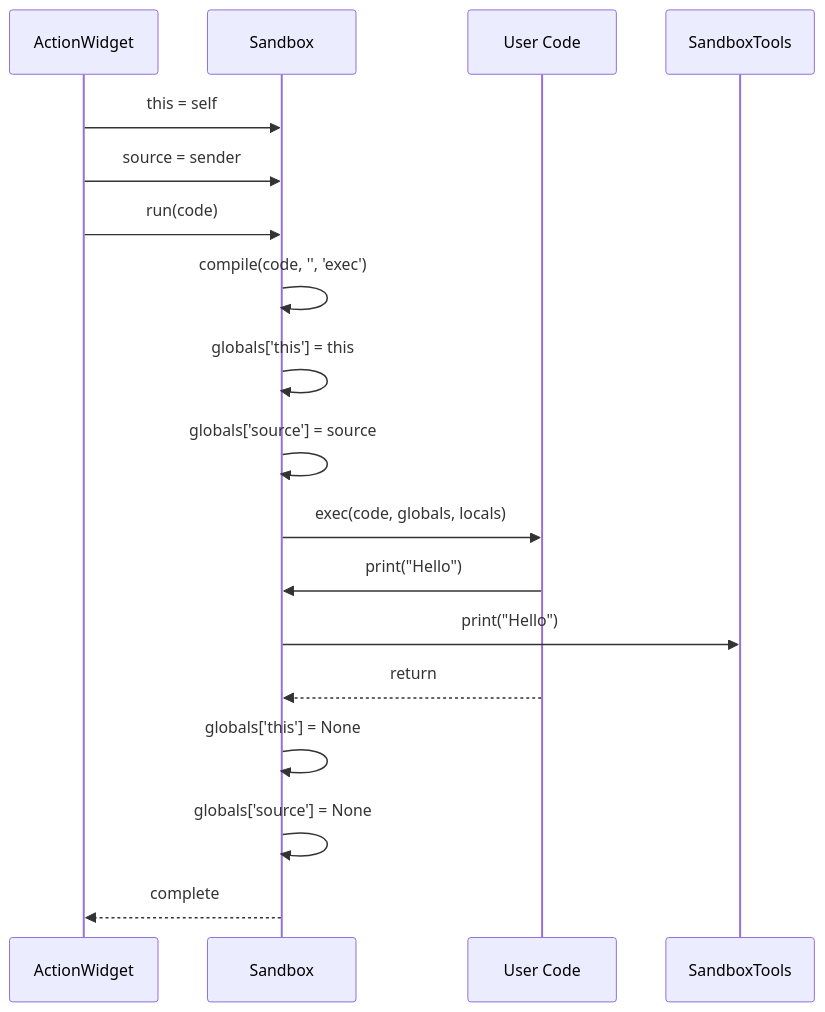
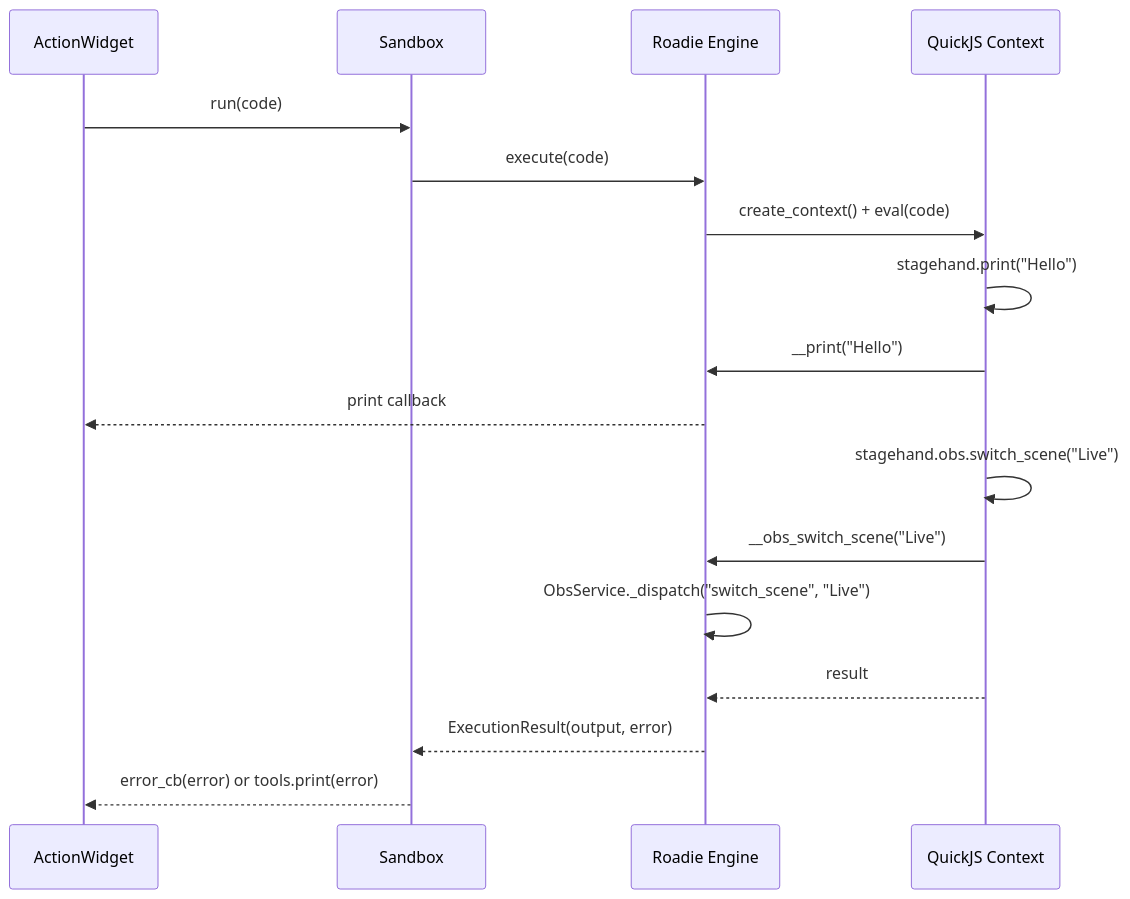
Before and after one commit to DaelonSuzuka/Stagehand: the diagram in lode/sandbox/runtime.md, drawn with Mermaid. The commit also changed other lines of this file and 14 other files, not shown here.

First line of the commit message:
Add Roadie QuickJS engine, config-centric architecture plan, and updated lode

````diff
--- a/lode/sandbox/runtime.md
+++ b/lode/sandbox/runtime.md
@@ -34,25 +9,23 @@
 ```mermaid
 sequenceDiagram
     participant Action as ActionWidget
     participant Sandbox
-    participant Code as User Code
-    participant Output as SandboxTools
-    
-    Action->>Sandbox: this = self
-    Action->>Sandbox: source = sender
+    participant Engine as Roadie Engine
+    participant Context as QuickJS Context
     
     Action->>Sandbox: run(code)
-    Sandbox->>Sandbox: compile(code, '', 'exec')
-    Sandbox->>Sandbox: globals['this'] = this
-    Sandbox->>Sandbox: globals['source'] = source
+    Sandbox->>Engine: execute(code)
+    Engine->>Context: create_context() + eval(code)
     
-    Sandbox->>Code: exec(code, globals, locals)
+    Context->>Context: stagehand.print("Hello")
+    Context->>Engine: __print("Hello")
+    Engine-->>Action: print callback
     
-    Code->>Sandbox: print("Hello")
-    Sandbox->>Output: print("Hello")
+    Context->>Context: stagehand.obs.switch_scene("Live")
+    Context->>Engine: __obs_switch_scene("Live")
+    Engine->>Engine: ObsService._dispatch("switch_scene", "Live")
     
-    Code-->>Sandbox: return
-    Sandbox->>Sandbox: globals['this'] = None
-    Sandbox->>Sandbox: globals['source'] = None
-    Sandbox-->>Action: complete
+    Context-->>Engine: result
+    Engine-->>Sandbox: ExecutionResult(output, error)
+    Sandbox-->>Action: error_cb(error) or tools.print(error)
 ```
````
